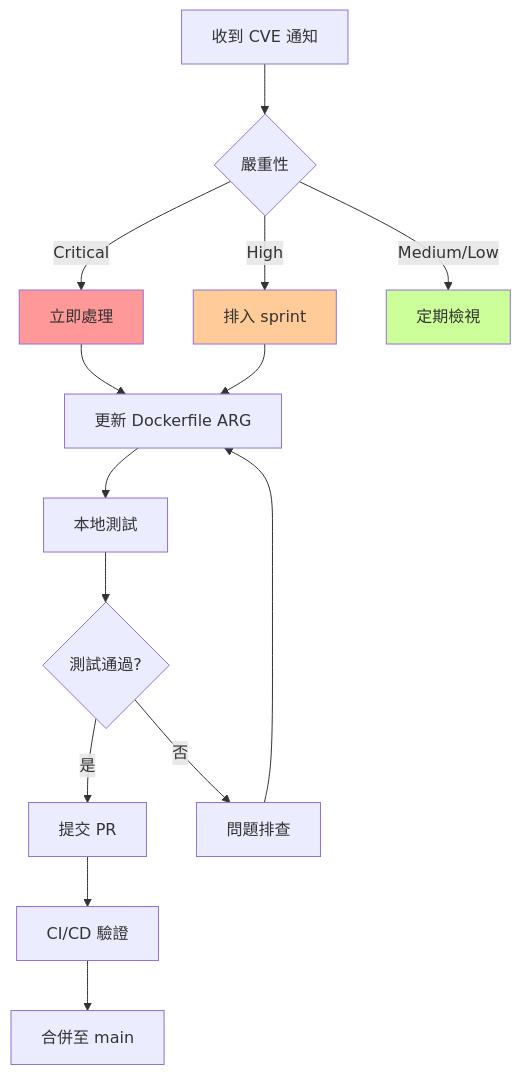
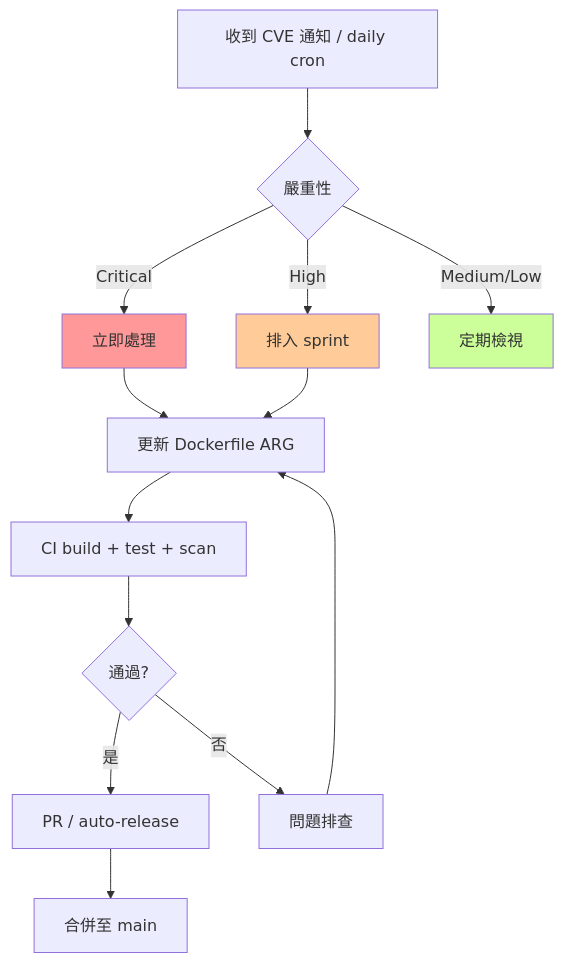
Before and after one commit to tryweb/ai-engkit: the sixth of 6 diagrams in docs/SECURITY.md, drawn with Mermaid. The commit also changed other lines of this file, not shown here.

````diff
--- a/docs/SECURITY.md
+++ b/docs/SECURITY.md
@@ -310,21 +296,20 @@
 ```mermaid
 flowchart TD
-    A[收到 CVE 通知] --> B{嚴重性}
+    A[收到 CVE 通知 / daily cron] --> B{嚴重性}
     B -->|Critical| C[立即處理]
     B -->|High| D[排入 sprint]
     B -->|Medium/Low| E[定期檢視]
-    
+
     C --> F[更新 Dockerfile ARG]
     D --> F
-    F --> G[本地測試]
-    G --> H{測試通過?}
-    H -->|是| I[提交 PR]
+    F --> G[CI build + test + scan]
+    G --> H{通過?}
+    H -->|是| I[PR / auto-release]
     H -->|否| J[問題排查]
     J --> F
-    I --> K[CI/CD 驗證]
-    K --> L[合併至 main]
-    
+    I --> K[合併至 main]
+
     style C fill:#ff9999
     style D fill:#ffcc99
     style E fill:#ccff99
 ```
````
